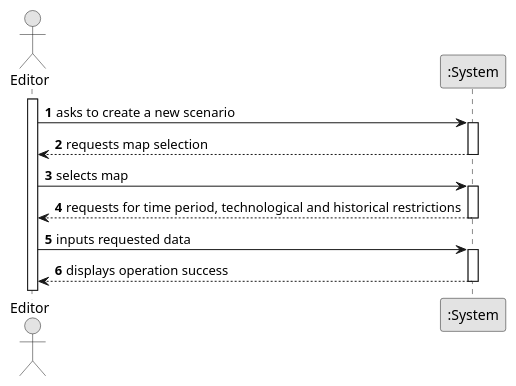
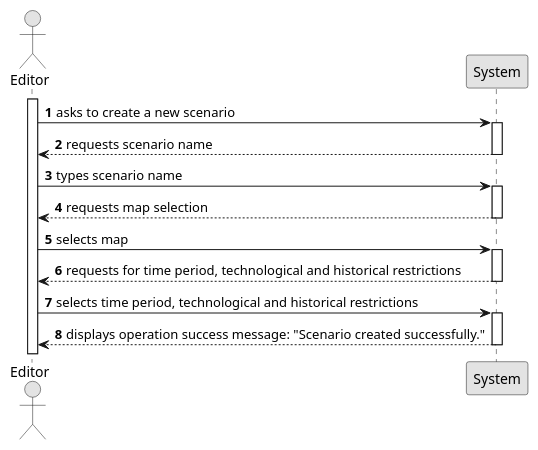
The diagram in docs/system-documentation/US004/01.requirements-engineering/puml/US004-SSD.puml (goncalolopesp/sem2-pi-24.25-g093-repo), drawn with PlantUML before and after one commit. The commit also changed 2 other files, not shown here.

```diff
--- a/docs/system-documentation/US004/01.requirements-engineering/puml/US004-SSD.puml
+++ b/docs/system-documentation/US004/01.requirements-engineering/puml/US004-SSD.puml
@@ -1,27 +1,32 @@
 @startuml
 skinparam monochrome true
 skinparam packageStyle rectangle
 skinparam shadowing false
 
 autonumber
 
 actor "Editor" as Employee
-participant ":System" as System
+participant "System" as System
 
 activate Employee
 
 Employee -> System : asks to create a new scenario
+activate System
+System --> Employee : requests scenario name
+deactivate System
+
+Employee -> System : types scenario name
 activate System
 System --> Employee : requests map selection
 deactivate System
 
 Employee -> System : selects map
 activate System
 System --> Employee : requests for time period, technological and historical restrictions
 deactivate System
 
-Employee -> System : inputs requested data
+Employee -> System : selects time period, technological and historical restrictions
 activate System
-System --> Employee : displays operation success
+System --> Employee : displays operation success message: "Scenario created successfully."
 deactivate System
 @enduml
```
